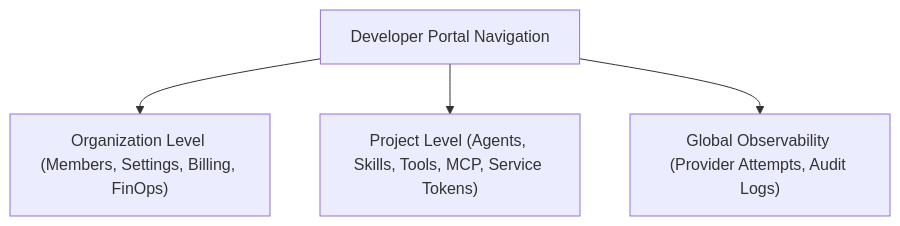
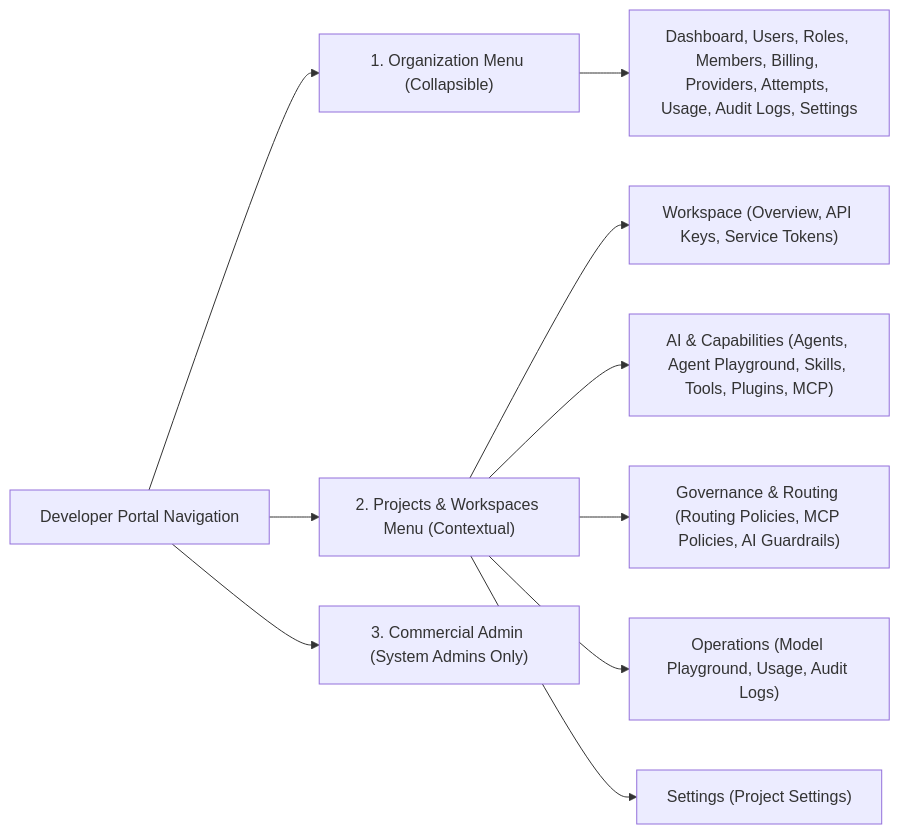
One commit to bhakha-services/naagmani-docs changed the second of 3 diagrams in docs/developer-portal/overview.md. Above: the diagram before and after it, drawn with Mermaid. The commit also changed other lines of this file and 61 other files, not shown here.

````diff
--- a/docs/developer-portal/overview.md
+++ b/docs/developer-portal/overview.md
@@ -8,7 +55,14 @@
 ```mermaid
-graph TD
+flowchart LR
     Portal["Developer Portal Navigation"]
-    Portal --> OrgMgmt["Organization Level (Members, Settings, Billing, FinOps)"]
-    Portal --> ProjMgmt["Project Level (Agents, Skills, Tools, MCP, Service Tokens)"]
-    Portal --> Observability["Global Observability (Provider Attempts, Audit Logs)"]
+    Portal --> OrgNav["1. Organization Menu (Collapsible)"]
+    Portal --> ProjNav["2. Projects & Workspaces Menu (Contextual)"]
+    Portal --> CommNav["3. Commercial Admin (System Admins Only)"]
+
+    OrgNav --> O1["Dashboard, Users, Roles, Members, Billing, Providers, Attempts, Usage, Audit Logs, Settings"]
+    ProjNav --> P1["Workspace (Overview, API Keys, Service Tokens)"]
+    ProjNav --> P2["AI & Capabilities (Agents, Agent Playground, Skills, Tools, Plugins, MCP)"]
+    ProjNav --> P3["Governance & Routing (Routing Policies, MCP Policies, AI Guardrails)"]
+    ProjNav --> P4["Operations (Model Playground, Usage, Audit Logs)"]
+    ProjNav --> P5["Settings (Project Settings)"]
 ```
````
